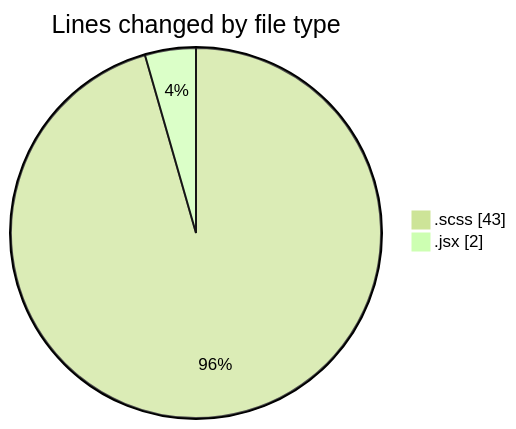
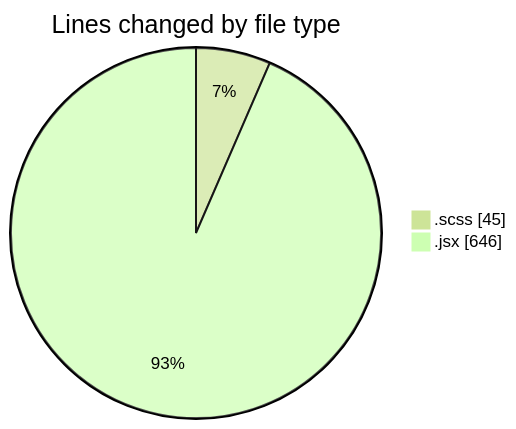
One commit to momahboobian/code-tracking changed the first of 2 diagrams in 2025-06-03/cda/README.md. Above: the diagram before and after it, drawn with Mermaid (forest theme). The commit also changed other lines of this file and 1 other file, not shown here.

````diff
--- a/2025-06-03/cda/README.md
+++ b/2025-06-03/cda/README.md
@@ -22,6 +22,6 @@
 ```mermaid
 pie showData
 title Lines changed by file type
-".scss" : 43
-".jsx" : 2
+".scss" : 45
+".jsx" : 646
 ```
````
